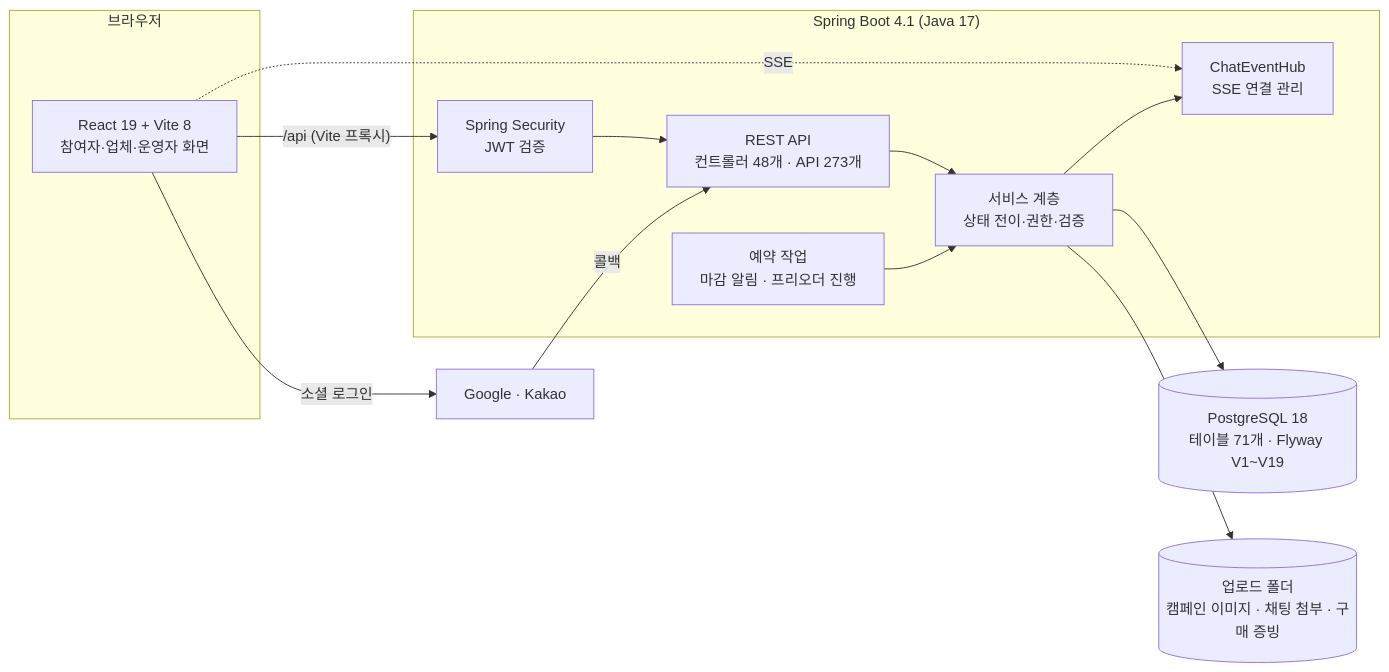
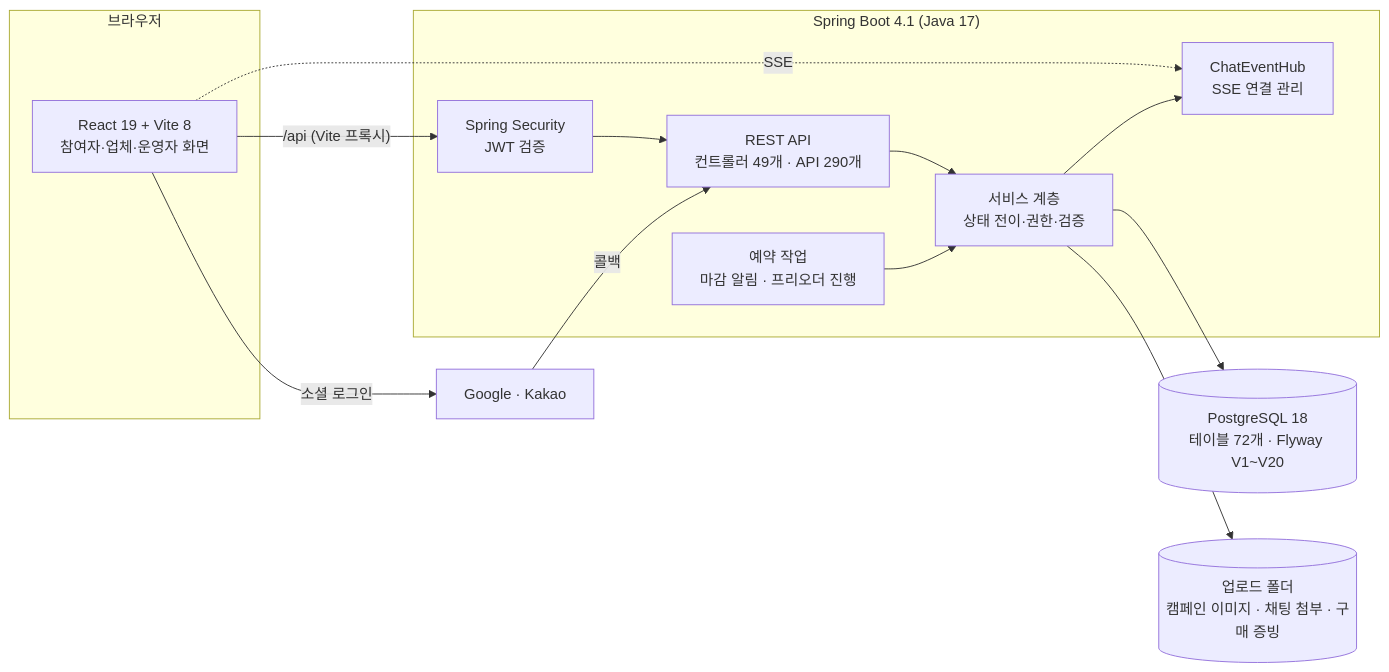
The first of 2 diagrams in docs/portfolio/architecture.md (yoo-jin-k/movrit-backend), drawn with Mermaid before and after one commit. The commit also changed other lines of this file and 17 other files, not shown here.

````diff
--- a/docs/portfolio/architecture.md
+++ b/docs/portfolio/architecture.md
@@ -8,23 +8,23 @@
 ```mermaid
 flowchart LR
   subgraph Browser["브라우저"]
     FE["React 19 + Vite 8<br/>참여자·업체·운영자 화면"]
   end
   subgraph Server["Spring Boot 4.1 (Java 17)"]
     SEC["Spring Security<br/>JWT 검증"]
-    API["REST API<br/>컨트롤러 48개 · API 273개"]
+    API["REST API<br/>컨트롤러 49개 · API 290개"]
     SVC["서비스 계층<br/>상태 전이·권한·검증"]
     HUB["ChatEventHub<br/>SSE 연결 관리"]
     SCH["예약 작업<br/>마감 알림 · 프리오더 진행"]
   end
-  DB[("PostgreSQL 18<br/>테이블 71개 · Flyway V1~V19")]
+  DB[("PostgreSQL 18<br/>테이블 72개 · Flyway V1~V20")]
   FS[("업로드 폴더<br/>캠페인 이미지 · 채팅 첨부 · 구매 증빙")]
   OAUTH["Google · Kakao"]
 
   FE -- "/api (Vite 프록시)" --> SEC --> API --> SVC --> DB
   FE -. "SSE" .-> HUB
   SVC --> HUB
   SVC --> FS
   SCH --> SVC
   FE -- "소셜 로그인" --> OAUTH -- "콜백" --> API
 ```
````
